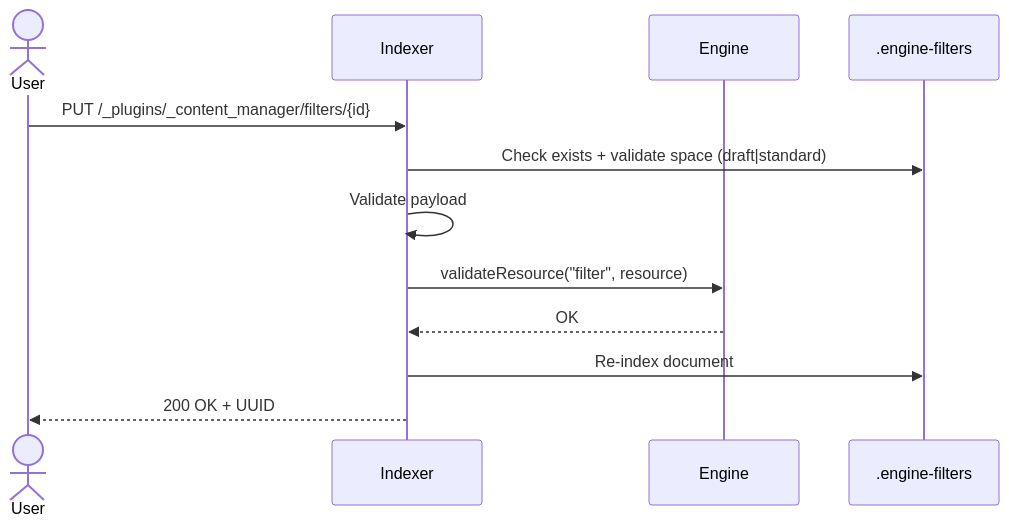
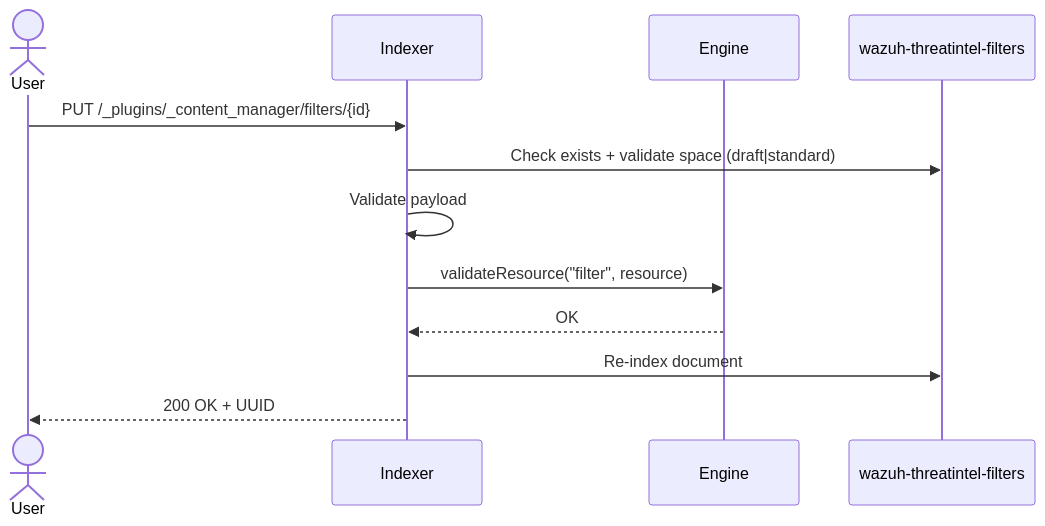
One commit to wazuh/wazuh-indexer-plugins changed the eighth of 10 diagrams in docs/dev/plugins/content-manager.md. Above: the diagram before and after it, drawn with Mermaid. The commit also changed other lines of this file and 8 other files, not shown here.

````diff
--- a/docs/dev/plugins/content-manager.md
+++ b/docs/dev/plugins/content-manager.md
@@ -586,15 +586,15 @@
 ```mermaid
 sequenceDiagram
     actor User
     participant Indexer
     participant Engine
-    participant FilterIndex as .engine-filters
+    participant FilterIndex as wazuh-threatintel-filters
 
     User->>Indexer: PUT /_plugins/_content_manager/filters/{id}
     Indexer->>FilterIndex: Check exists + validate space (draft|standard)
     Indexer->>Indexer: Validate payload
     Indexer->>Engine: validateResource("filter", resource)
     Engine-->>Indexer: OK
     Indexer->>FilterIndex: Re-index document
     Indexer-->>User: 200 OK + UUID
 ```
````
